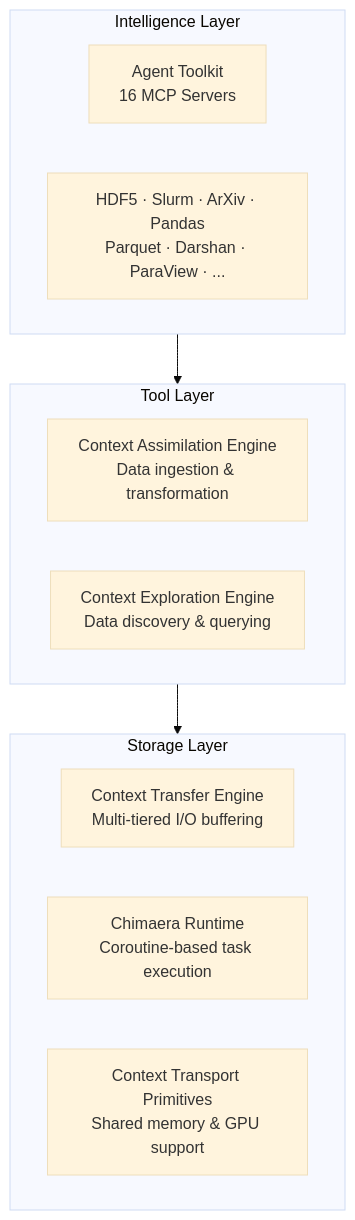
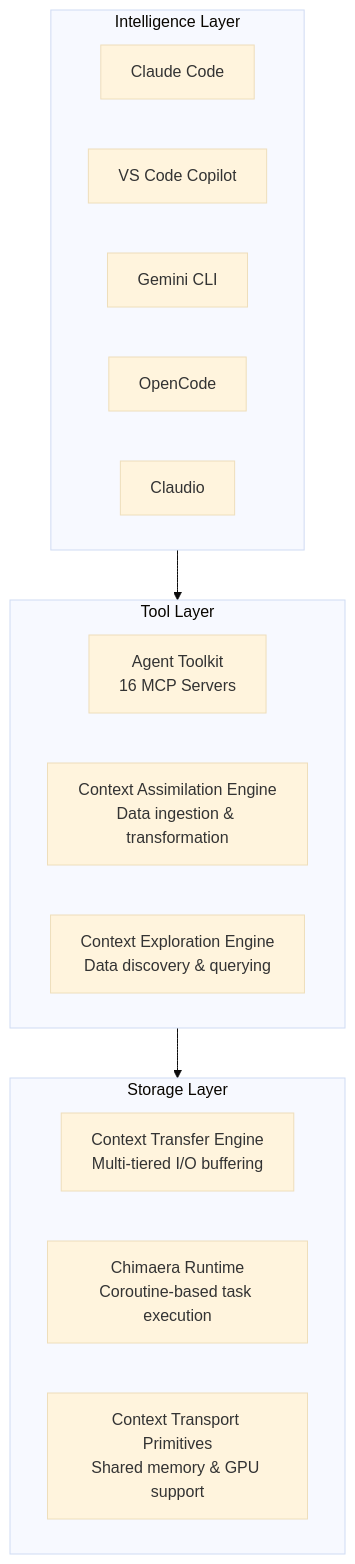
The diagram in profile/README.md (iowarp/.github), drawn with Mermaid (base theme) before and after one commit. The commit also changed other lines of this file, not shown here.

Commit message:
Fix architecture diagram: move Agent Toolkit to Tool layer, add agentic clients to Intelligence layer

````diff
--- a/profile/README.md
+++ b/profile/README.md
@@ -29,21 +29,25 @@
 ```mermaid
 graph TB
     subgraph Intelligence["Intelligence Layer"]
-        AT[Agent Toolkit<br/>16 MCP Servers]
-        MCP[HDF5 · Slurm · ArXiv · Pandas<br/>Parquet · Darshan · ParaView · ...]
+        CC[Claude Code]
+        VSC[VS Code Copilot]
+        GC[Gemini CLI]
+        OC[OpenCode]
+        CL[Claudio]
     end
 
     subgraph Tool["Tool Layer"]
+        AT[Agent Toolkit<br/>16 MCP Servers]
         CAE[Context Assimilation Engine<br/>Data ingestion & transformation]
         CEE[Context Exploration Engine<br/>Data discovery & querying]
     end
 
     subgraph Storage["Storage Layer"]
         CTE[Context Transfer Engine<br/>Multi-tiered I/O buffering]
         RT[Chimaera Runtime<br/>Coroutine-based task execution]
         CTP[Context Transport Primitives<br/>Shared memory & GPU support]
     end
 
     Intelligence --> Tool
     Tool --> Storage
 ```
````
